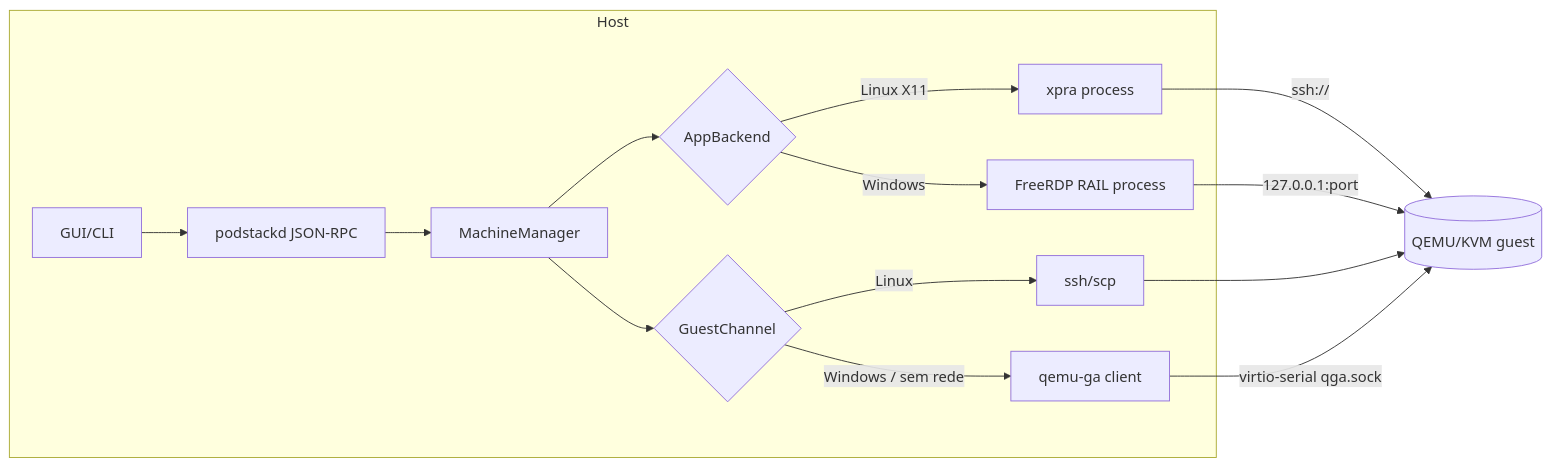
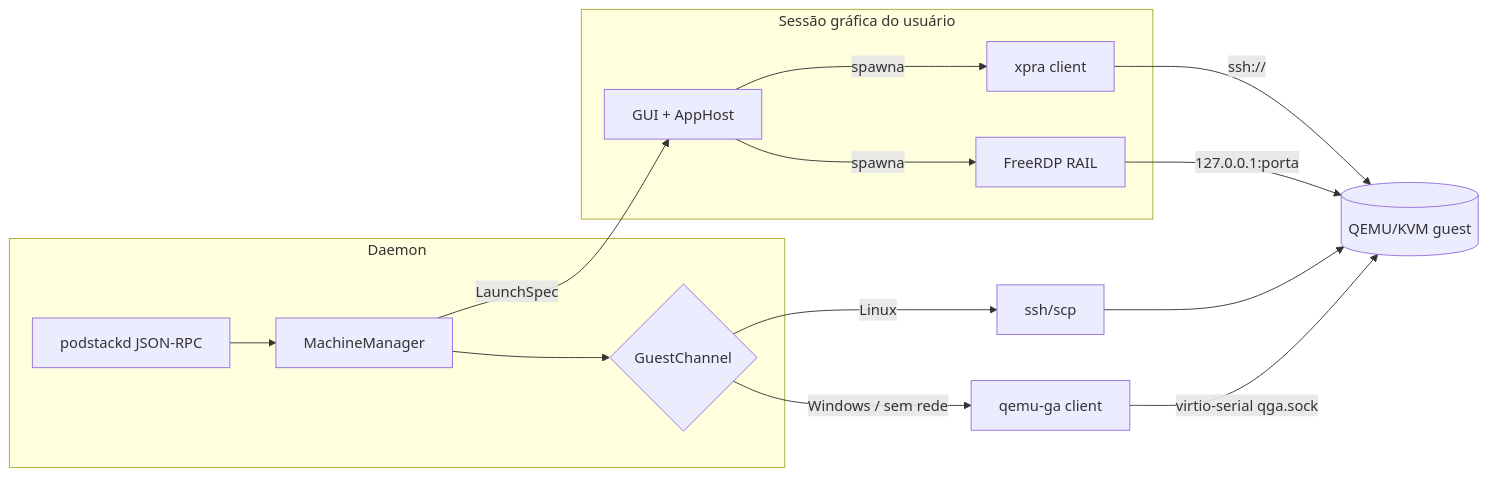
The diagram in docs/specs/001-apps-remotos-vm/plan.md (marcos2872/podstack), drawn with Mermaid before and after one commit. The commit also changed other lines of this file and 2 other files, not shown here.

````diff
--- a/docs/specs/001-apps-remotos-vm/plan.md
+++ b/docs/specs/001-apps-remotos-vm/plan.md
@@ -10,17 +10,18 @@
 ```mermaid
 flowchart LR
-  subgraph Host
-    GUI[GUI/CLI] --> RPC[podstackd JSON-RPC]
-    RPC --> MM[MachineManager]
-    MM --> AB{AppBackend}
-    AB -->|Linux X11| XP[xpra process]
-    AB -->|Windows| RD[FreeRDP RAIL process]
+  subgraph Sessão gráfica do usuário
+    GUI[GUI + AppHost] -->|spawna| XP[xpra client]
+    GUI -->|spawna| RD[FreeRDP RAIL]
+  end
+  subgraph Daemon
+    RPC[podstackd JSON-RPC] --> MM[MachineManager]
     MM --> GC{GuestChannel}
-    GC -->|Linux| SSH[ssh/scp]
-    GC -->|Windows / sem rede| QGA[qemu-ga client]
+    MM -->|LaunchSpec| GUI
   end
+  GC -->|Linux| SSH[ssh/scp]
+  GC -->|Windows / sem rede| QGA[qemu-ga client]
   XP -->|ssh://| VM[(QEMU/KVM guest)]
-  RD -->|127.0.0.1:port| VM
+  RD -->|127.0.0.1:porta| VM
   SSH --> VM
   QGA -->|virtio-serial qga.sock| VM
 ```
````
